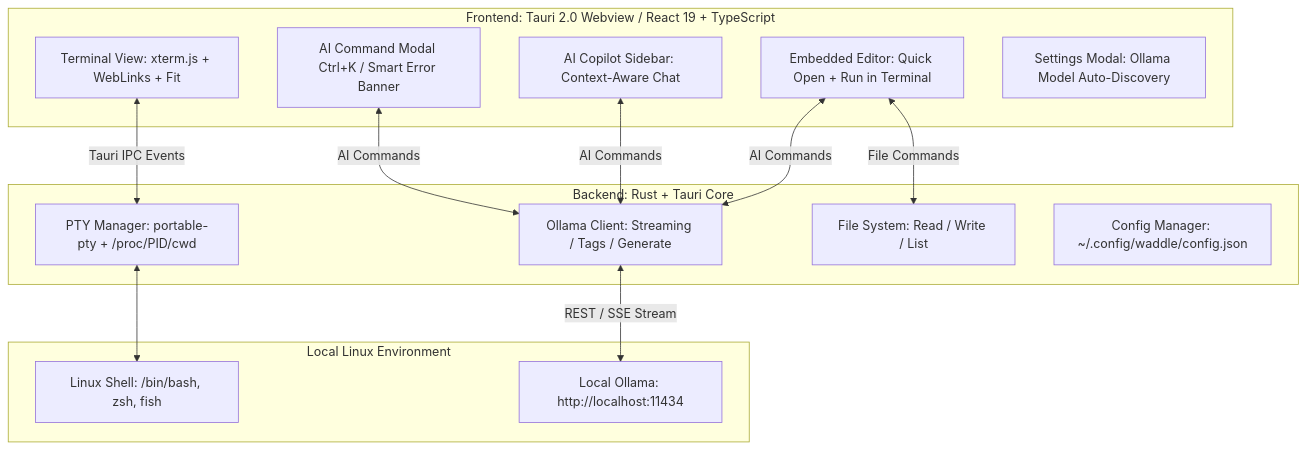
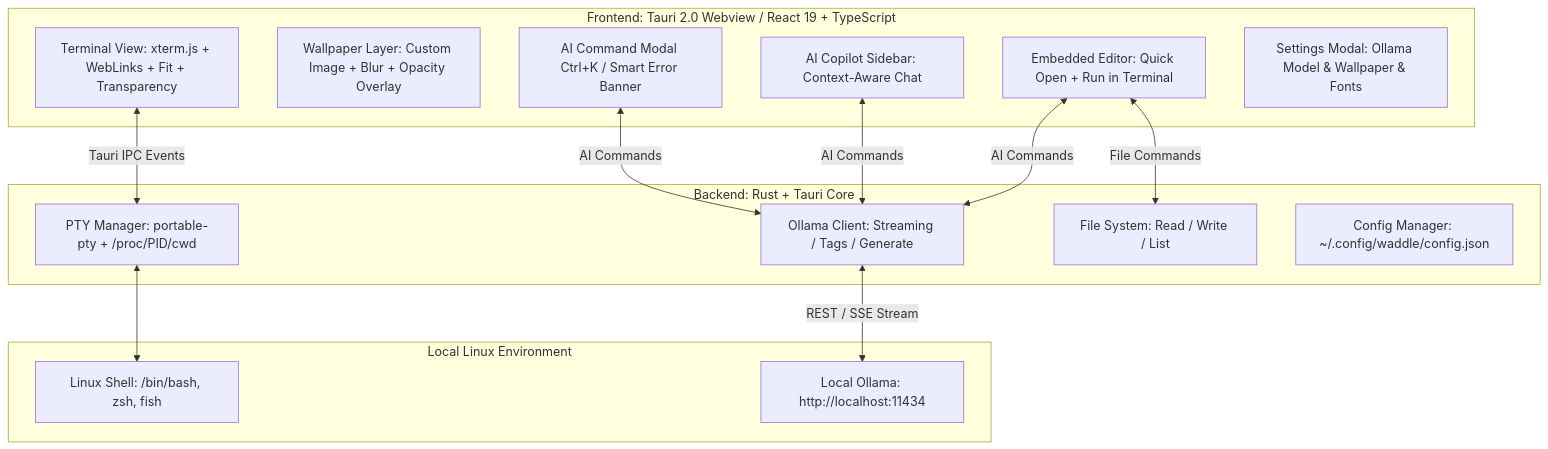
Before and after one commit to wammed/Waddle: the diagram in README.md, drawn with Mermaid. The commit also changed other lines of this file and 1 other file, not shown here.

Commit message:
docs: update documentation to reflect new custom wallpaper features and refined terminal architectural details

````diff
--- a/README.md
+++ b/README.md
@@ -95,28 +99,29 @@
 ```mermaid
 graph TD
     subgraph UI_Layer [Frontend: Tauri 2.0 Webview / React 19 + TypeScript]
-        TermView[Terminal View: xterm.js + WebLinks + Fit]
+        TermView[Terminal View: xterm.js + WebLinks + Fit + Transparency]
+        WallLayer[Wallpaper Layer: Custom Image + Blur + Opacity Overlay]
         Editor[Embedded Editor: Quick Open + Run in Terminal]
         AIOverlay[AI Command Modal Ctrl+K / Smart Error Banner]
         Copilot[AI Copilot Sidebar: Context-Aware Chat]
-        Settings[Settings Modal: Ollama Model Auto-Discovery]
+        Settings[Settings Modal: Ollama Model & Wallpaper & Fonts]
     end
 
     subgraph Rust_Backend [Backend: Rust + Tauri Core]
         PtyMgr[PTY Manager: portable-pty + /proc/PID/cwd]
         AiCore[Ollama Client: Streaming / Tags / Generate]
         FileIO[File System: Read / Write / List]
         ConfigMgr[Config Manager: ~/.config/waddle/config.json]
     end
 
     subgraph System_Layer [Local Linux Environment]
         Shell[Linux Shell: /bin/bash, zsh, fish]
         Ollama[Local Ollama: http://localhost:11434]
     end
 
     TermView <-->|Tauri IPC Events| PtyMgr
     PtyMgr <--> Shell
     Editor <-->|File Commands| FileIO
     AIOverlay & Copilot & Editor <-->|AI Commands| AiCore
     AiCore <-->|REST / SSE Stream| Ollama
 ```
````
